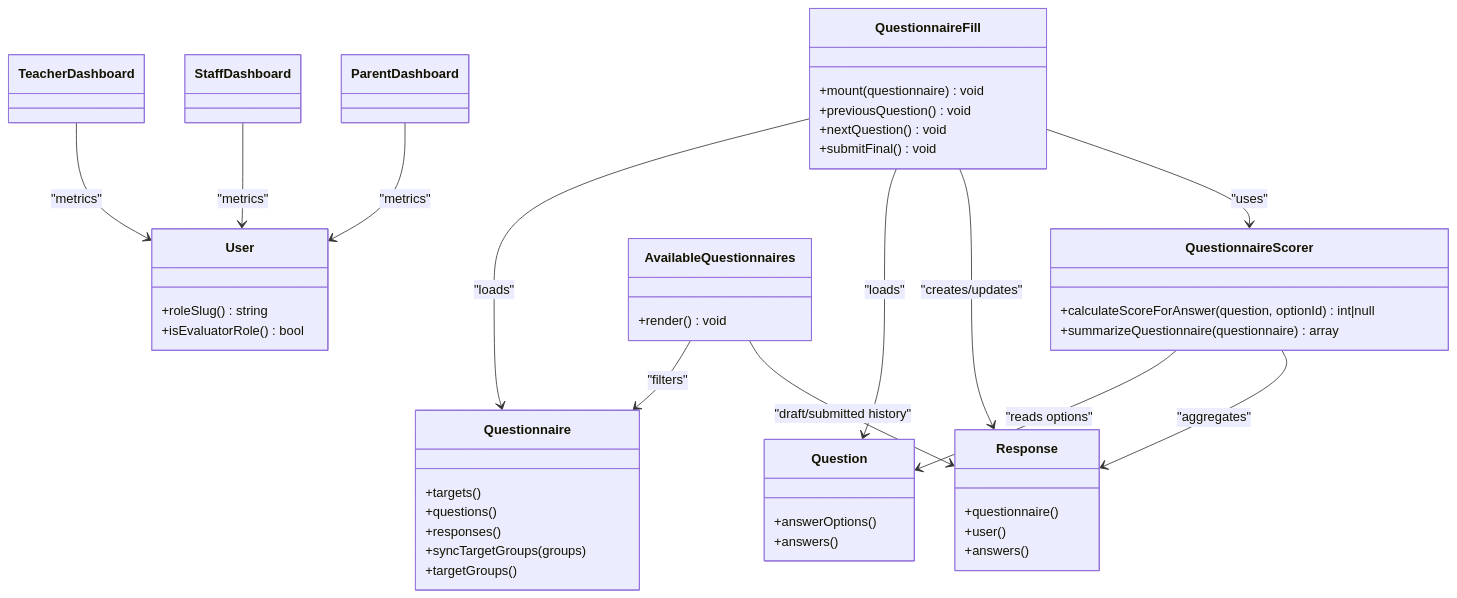
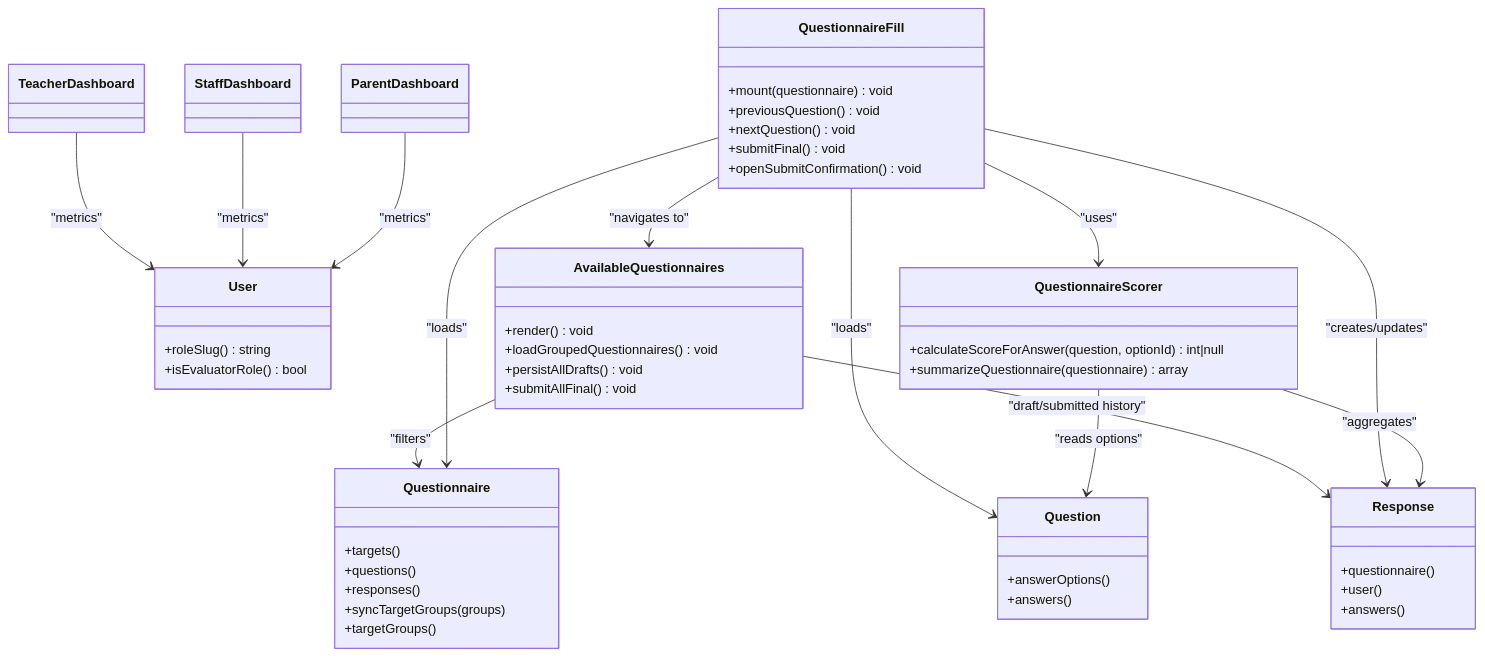
Before and after one commit to rudicatsmile/assesment360: the seventh of 7 diagrams in .qoder/repowiki/en/content/Core Features/Evaluation Workflows/Evaluation Workflows.md, drawn with Mermaid. The commit also changed other lines of this file and 5 other files, not shown here.

````diff
--- a/.qoder/repowiki/en/content/Core Features/Evaluation Workflows/Evaluation Workflows.md
+++ b/.qoder/repowiki/en/content/Core Features/Evaluation Workflows/Evaluation Workflows.md
@@ -315,50 +380,55 @@
 ```mermaid
 classDiagram
 class User {
 +roleSlug() string
 +isEvaluatorRole() bool
 }
 class Questionnaire {
 +targets()
 +questions()
 +responses()
 +syncTargetGroups(groups)
 +targetGroups()
 }
 class Question {
 +answerOptions()
 +answers()
 }
 class Response {
 +questionnaire()
 +user()
 +answers()
 }
 class QuestionnaireScorer {
 +calculateScoreForAnswer(question, optionId) int|null
 +summarizeQuestionnaire(questionnaire) array
 }
 class AvailableQuestionnaires {
 +render() void
++loadGroupedQuestionnaires() void
++persistAllDrafts() void
++submitAllFinal() void
 }
 class QuestionnaireFill {
 +mount(questionnaire) void
 +previousQuestion() void
 +nextQuestion() void
 +submitFinal() void
++openSubmitConfirmation() void
 }
 class TeacherDashboard
 class StaffDashboard
 class ParentDashboard
 AvailableQuestionnaires --> Questionnaire : "filters"
 AvailableQuestionnaires --> Response : "draft/submitted history"
 QuestionnaireFill --> Questionnaire : "loads"
 QuestionnaireFill --> Question : "loads"
 QuestionnaireFill --> Response : "creates/updates"
 QuestionnaireFill --> QuestionnaireScorer : "uses"
+QuestionnaireFill --> AvailableQuestionnaires : "navigates to"
 QuestionnaireScorer --> Question : "reads options"
 QuestionnaireScorer --> Response : "aggregates"
 TeacherDashboard --> User : "metrics"
 StaffDashboard --> User : "metrics"
 ParentDashboard --> User : "metrics"
 ```
````
